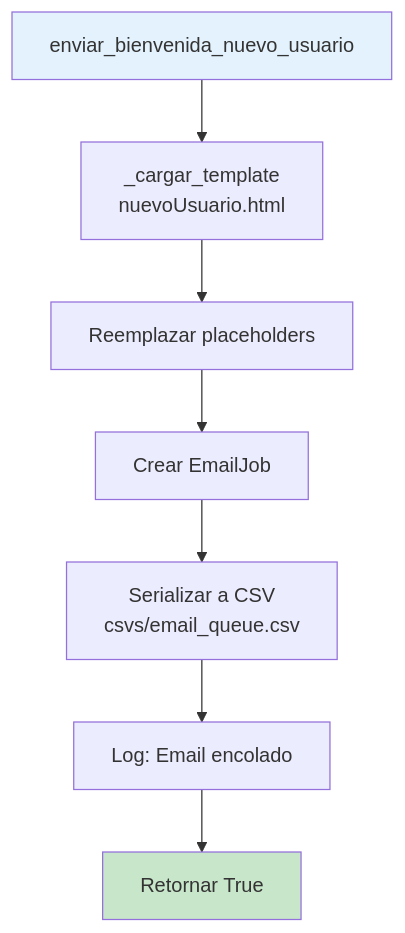
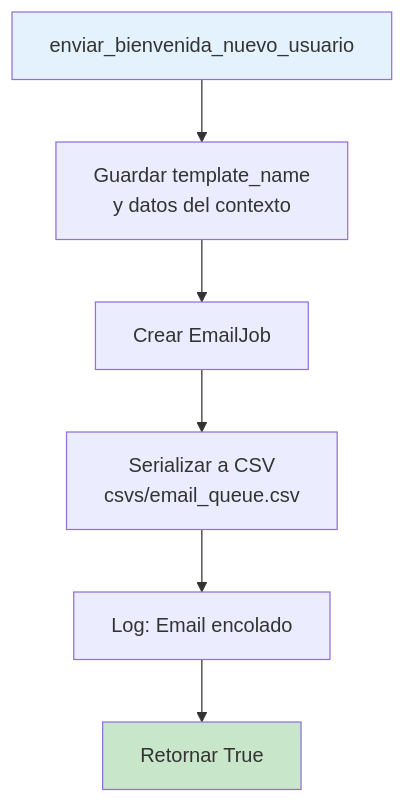
Before and after one commit to FPVirtual/fp-virtual-gestion-alumnos: the tenth of 13 diagrams in docus/flujos.md, drawn with Mermaid. The commit also changed other lines of this file and 21 other files, not shown here.

First line of the commit message:
feat: migración de plantillas de email a Jinja2 con base.html, preheader y logo incrustado (lote 3)

````diff
--- a/docus/flujos.md
+++ b/docus/flujos.md
@@ -388,12 +388,11 @@
 ```mermaid
 flowchart TD
-    A[enviar_bienvenida_nuevo_usuario] --> B[_cargar_template<br/>nuevoUsuario.html]
-    B --> C[Reemplazar placeholders]
-    C --> D[Crear EmailJob]
-    D --> E[Serializar a CSV<br/>csvs/email_queue.csv]
+    A[enviar_bienvenida_nuevo_usuario] --> B[Guardar template_name<br/>y datos del contexto]
+    B --> C[Crear EmailJob]
+    C --> E[Serializar a CSV<br/>csvs/email_queue.csv]
     E --> F[Log: Email encolado]
     F --> G[Retornar True]
 
     style A fill:#e3f2fd
     style G fill:#c8e6c9
 ```
````
